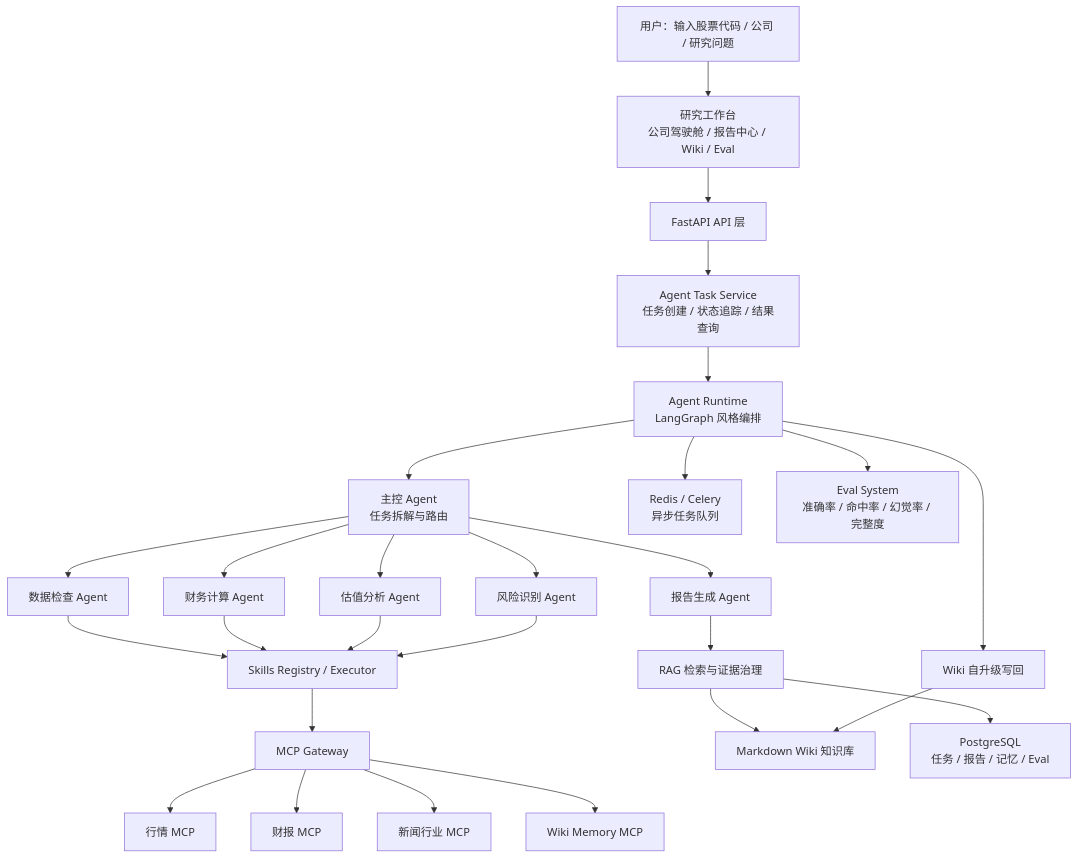
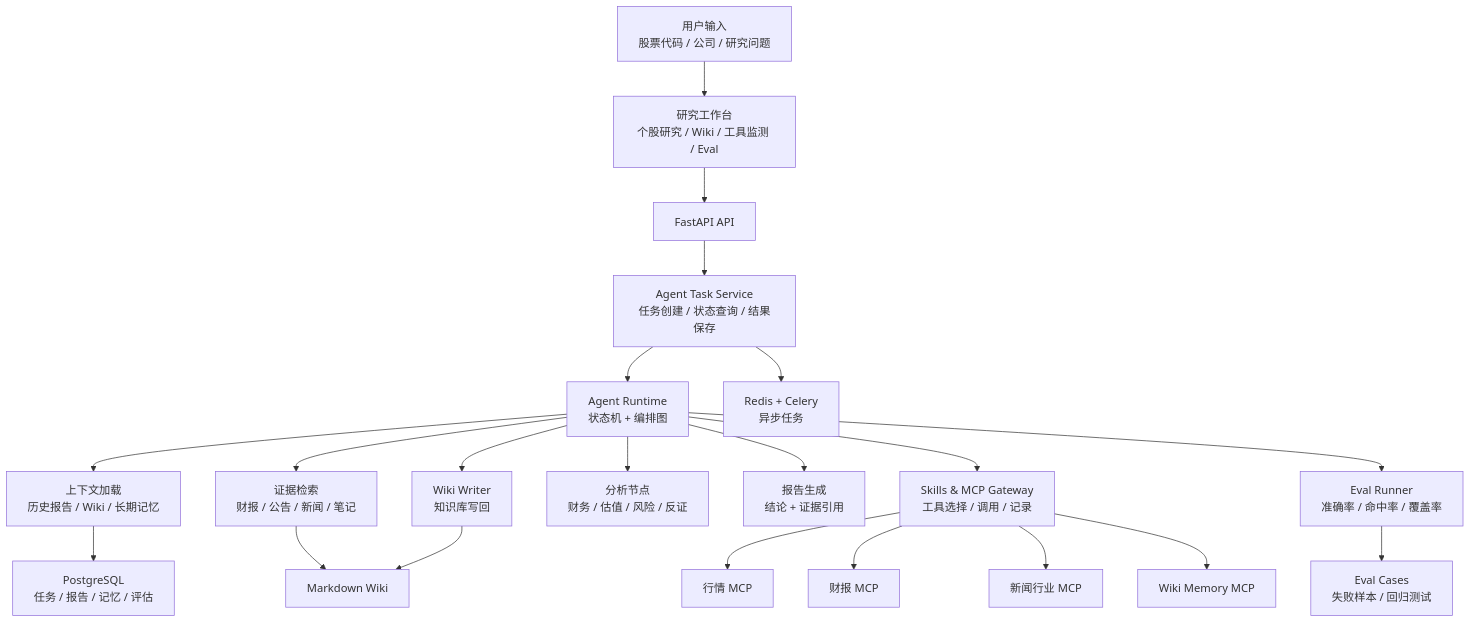
Before and after one commit to ljt-sss/A_stock_analysis_agent: the first of 9 diagrams in README.md, drawn with Mermaid. The commit also changed other lines of this file and 47 other files, not shown here.

````diff
--- a/README.md
+++ b/README.md
@@ -53,33 +31,26 @@
 ```mermaid
 flowchart TB
-    User["用户：输入股票代码 / 公司 / 研究问题"] --> UI["研究工作台<br/>公司驾驶舱 / 报告中心 / Wiki / Eval"]
-    UI --> API["FastAPI API 层"]
-    API --> Task["Agent Task Service<br/>任务创建 / 状态追踪 / 结果查询"]
-    Task --> Graph["Agent Runtime<br/>LangGraph 风格编排"]
+    U["用户输入<br/>股票代码 / 公司 / 研究问题"] --> FE["研究工作台<br/>个股研究 / Wiki / 工具监测 / Eval"]
+    FE --> API["FastAPI API"]
+    API --> Task["Agent Task Service<br/>任务创建 / 状态查询 / 结果保存"]
+    Task --> Runtime["Agent Runtime<br/>状态机 + 编排图"]
 
-    Graph --> Planner["主控 Agent<br/>任务拆解与路由"]
-    Planner --> DataAgent["数据检查 Agent"]
-    Planner --> FinanceAgent["财务计算 Agent"]
-    Planner --> ValuationAgent["估值分析 Agent"]
-    Planner --> RiskAgent["风险识别 Agent"]
-    Planner --> ReportAgent["报告生成 Agent"]
+    Runtime --> Context["上下文加载<br/>历史报告 / Wiki / 长期记忆"]
+    Runtime --> Retrieve["证据检索<br/>财报 / 公告 / 新闻 / 笔记"]
+    Runtime --> Tools["Skills & MCP Gateway<br/>工具选择 / 调用 / 记录"]
+    Runtime --> Reason["分析节点<br/>财务 / 估值 / 风险 / 反证"]
+    Runtime --> Report["报告生成<br/>结论 + 证据引用"]
+    Runtime --> Eval["Eval Runner<br/>准确率 / 命中率 / 覆盖率"]
+    Runtime --> WikiWrite["Wiki Writer<br/>知识库写回"]
 
-    DataAgent --> Skills["Skills Registry / Executor"]
-    FinanceAgent --> Skills
-    ValuationAgent --> Skills
-    RiskAgent --> Skills
-    ReportAgent --> RAG["RAG 检索与证据治理"]
+    Tools --> Market["行情 MCP"]
+    Tools --> Financial["财报 MCP"]
+    Tools --> News["新闻行业 MCP"]
+    Tools --> WikiMCP["Wiki Memory MCP"]
 
-    Skills --> MCP["MCP Gateway"]
-    MCP --> Market["行情 MCP"]
-    MCP --> Financial["财报 MCP"]
-    MCP --> News["新闻行业 MCP"]
-    MCP --> WikiMCP["Wiki Memory MCP"]
-
-    RAG --> Wiki["Markdown Wiki 知识库"]
-    RAG --> DB["PostgreSQL<br/>任务 / 报告 / 记忆 / Eval"]
-    Graph --> Redis["Redis / Celery<br/>异步任务队列"]
-    Graph --> Eval["Eval System<br/>准确率 / 命中率 / 幻觉率 / 完整度"]
-    Graph --> WikiWriter["Wiki 自升级写回"]
-    WikiWriter --> Wiki
+    Context --> DB["PostgreSQL<br/>任务 / 报告 / 记忆 / 评估"]
+    Retrieve --> Wiki["Markdown Wiki"]
+    WikiWrite --> Wiki
+    Eval --> Cases["Eval Cases<br/>失败样本 / 回归测试"]
+    Task --> Queue["Redis + Celery<br/>异步任务"]
 ```
````
